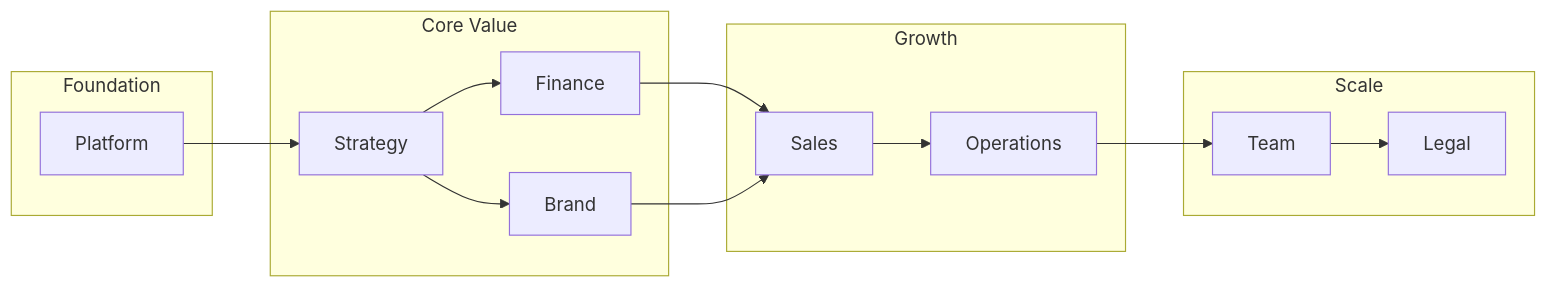
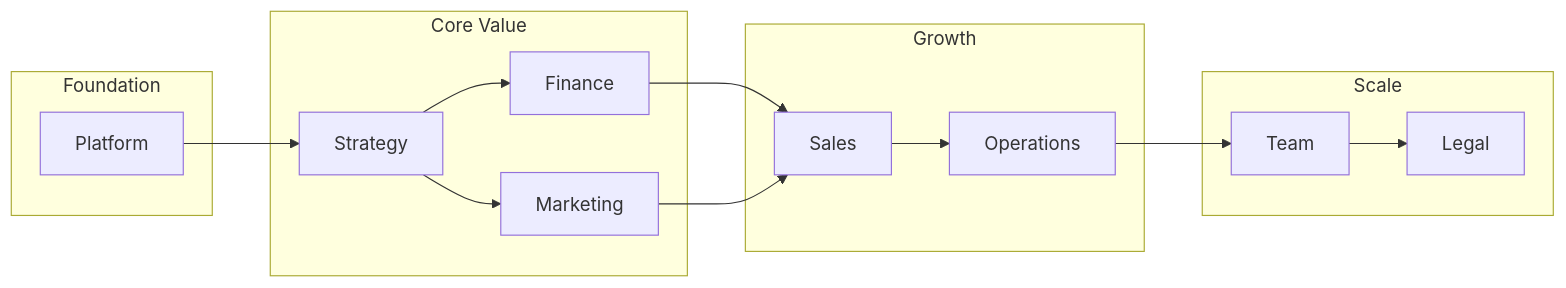
The sixth of 6 diagrams in docs/platform/architecture.md (carlo-spada/xentri), drawn with Mermaid before and after one commit. The commit also changed other lines of this file and 48 other files, not shown here.

````diff
--- a/docs/platform/architecture.md
+++ b/docs/platform/architecture.md
@@ -2108,31 +2108,31 @@
 ```mermaid
 graph LR
     subgraph "Foundation"
         P[Platform]
     end
 
     subgraph "Core Value"
         S[Strategy]
         F[Finance]
-        B[Brand]
+        M[Marketing]
     end
 
     subgraph "Growth"
         Sa[Sales]
         O[Operations]
     end
 
     subgraph "Scale"
         T[Team]
         L[Legal]
     end
 
     P --> S
     S --> F
-    S --> B
+    S --> M
     F --> Sa
-    B --> Sa
+    M --> Sa
     Sa --> O
     O --> T
     T --> L
 ```
````
